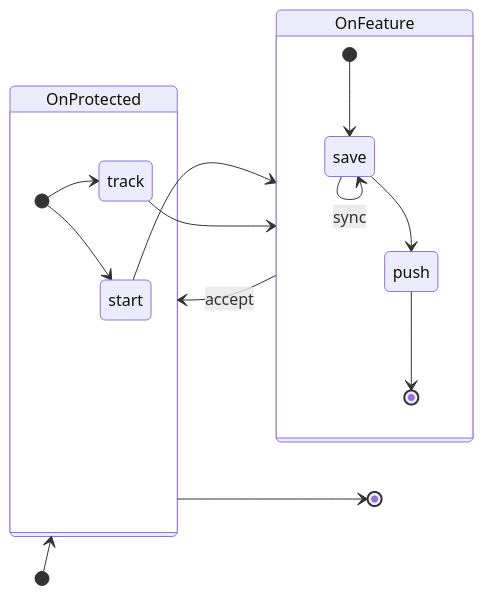
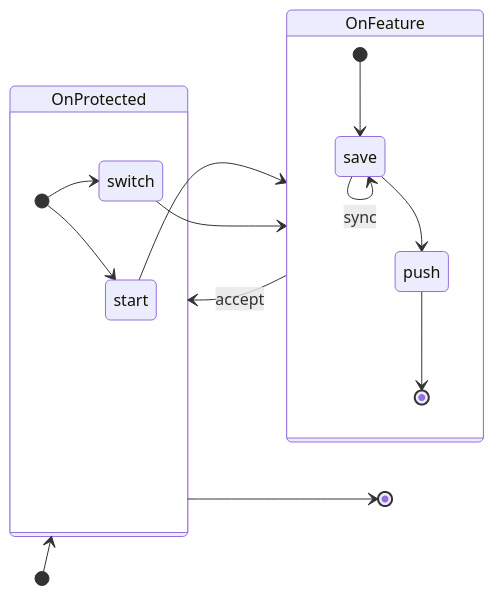
One commit to extsoft/elegant-git changed the diagram in docs/03-getting-started.md. Above: the diagram before and after it, drawn with Mermaid. The commit also changed 16 other files, not shown here.

First line of the commit message:
Deprecate work track in favor of switch

````diff
--- a/docs/03-getting-started.md
+++ b/docs/03-getting-started.md
@@ -46,22 +46,22 @@
 ```mermaid
 stateDiagram-v2
   direction LR
   [*] --> OnProtected
   start --> OnFeature
-  track --> OnFeature
+  switch --> OnFeature
   OnFeature --> OnProtected: accept
   OnProtected --> [*]
 
   state OnProtected {
     [*] --> start
-    [*] --> track
+    [*] --> switch
   }
 
   state OnFeature {
     [*] --> save
     save --> save: polish
     save --> save: sync
     save --> push
     push --> [*]
   }
 ```
````
